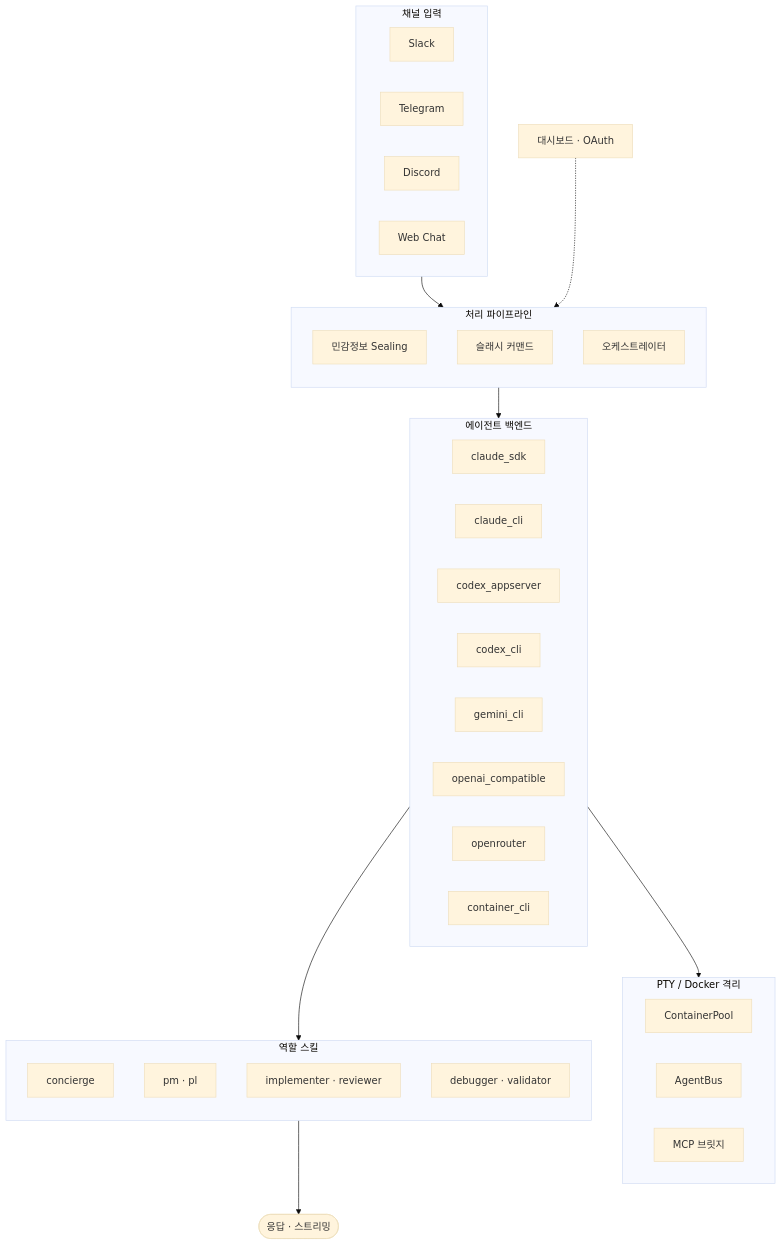
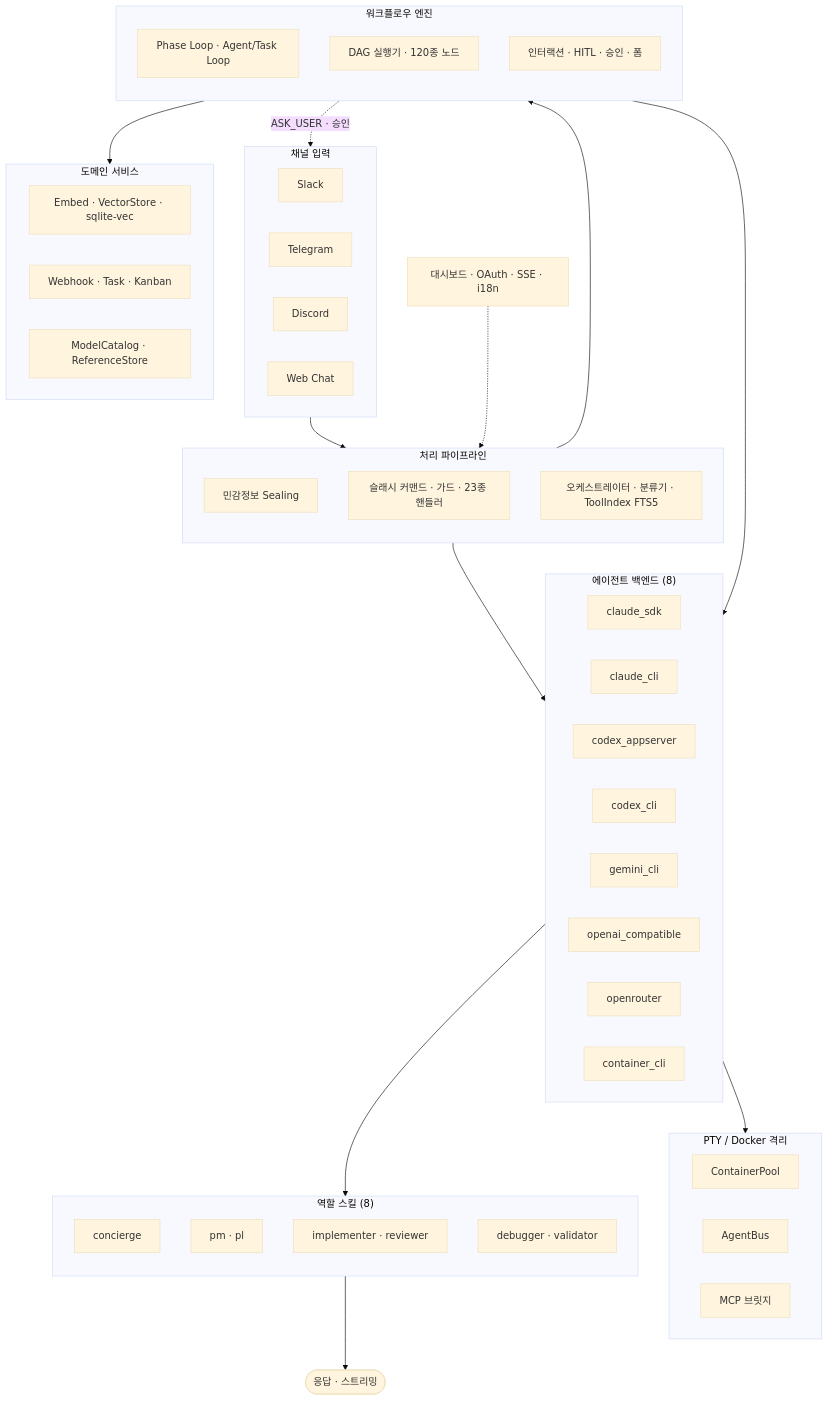
One commit to berrzebb/SoulFlow-Orchestrator changed the diagram in README.md. Above: the diagram before and after it, drawn with Mermaid (base theme). The commit also changed other lines of this file and 2 other files, not shown here.

First line of the commit message:
docs: README 다이어그램 동기화 — Workflows·Services·ToolIndex·i18n 서브그래프 추가

````diff
--- a/README.md
+++ b/README.md
@@ -23,53 +23,71 @@
 ```mermaid
 flowchart TD
     subgraph Channels["채널 입력"]
         direction LR
         SL[Slack]
         TG[Telegram]
         DS[Discord]
         WEB[Web Chat]
     end
 
     subgraph Pipeline["처리 파이프라인"]
         direction TB
         SEAL[민감정보 Sealing]
-        CMD[슬래시 커맨드]
-        ORCH[오케스트레이터]
+        CMD[슬래시 커맨드 · 가드 · 23종 핸들러]
+        ORCH[오케스트레이터 · 분류기 · ToolIndex FTS5]
     end
 
-    subgraph Backends["에이전트 백엔드"]
+    subgraph Backends["에이전트 백엔드 (8)"]
         direction LR
         CSDK[claude_sdk]
         CCLI[claude_cli]
         CAPPS[codex_appserver]
         CCLIX[codex_cli]
         GCLI[gemini_cli]
         OAI[openai_compatible]
         ORT[openrouter]
         CTR[container_cli]
     end
 
     subgraph PTY["PTY / Docker 격리"]
         direction LR
         POOL[ContainerPool]
         BUS[AgentBus]
         BRIDGE[MCP 브릿지]
     end
 
-    subgraph Skills["역할 스킬"]
+    subgraph Workflows["워크플로우 엔진"]
+        direction TB
+        PL[Phase Loop · Agent/Task Loop]
+        DAG[DAG 실행기 · 120종 노드]
+        INTERACT[인터랙션 · HITL · 승인 · 폼]
+    end
+
+    subgraph Skills["역할 스킬 (8)"]
         direction TB
         BT[concierge]
         PM[pm · pl]
         IMPL[implementer · reviewer]
         DBG[debugger · validator]
     end
 
-    DASH[대시보드 · OAuth]
+    subgraph Services["도메인 서비스"]
+        direction LR
+        EMBED[Embed · VectorStore · sqlite-vec]
+        WEBHOOK[Webhook · Task · Kanban]
+        CATALOG[ModelCatalog · ReferenceStore]
+    end
+
+    DASH[대시보드 · OAuth · SSE · i18n]
 
     Channels --> Pipeline
     Pipeline --> Backends
+    Pipeline --> Workflows
+    Workflows --> Backends
+    INTERACT -.->|ASK_USER · 승인| Channels
     CTR --> PTY
     Backends --> Skills
     Skills --> OUT([응답 · 스트리밍])
+    Workflows --> Services
     DASH -.-> Pipeline
 ```
````
